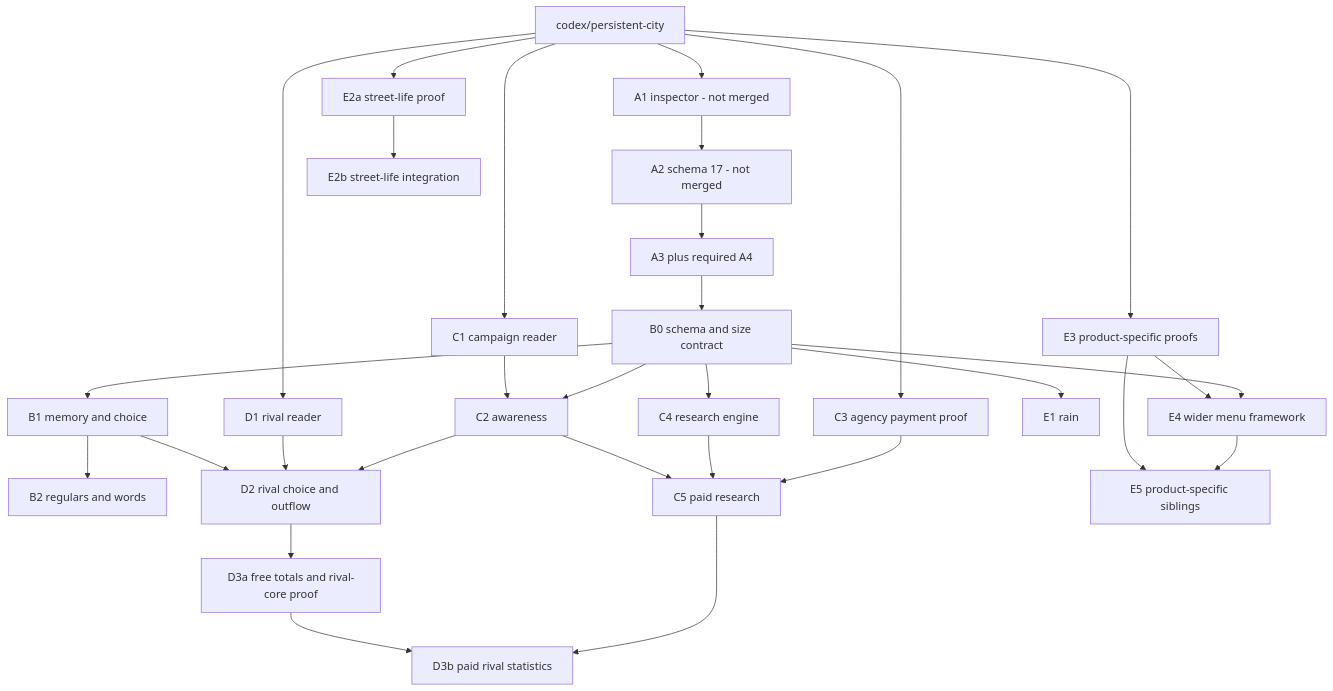
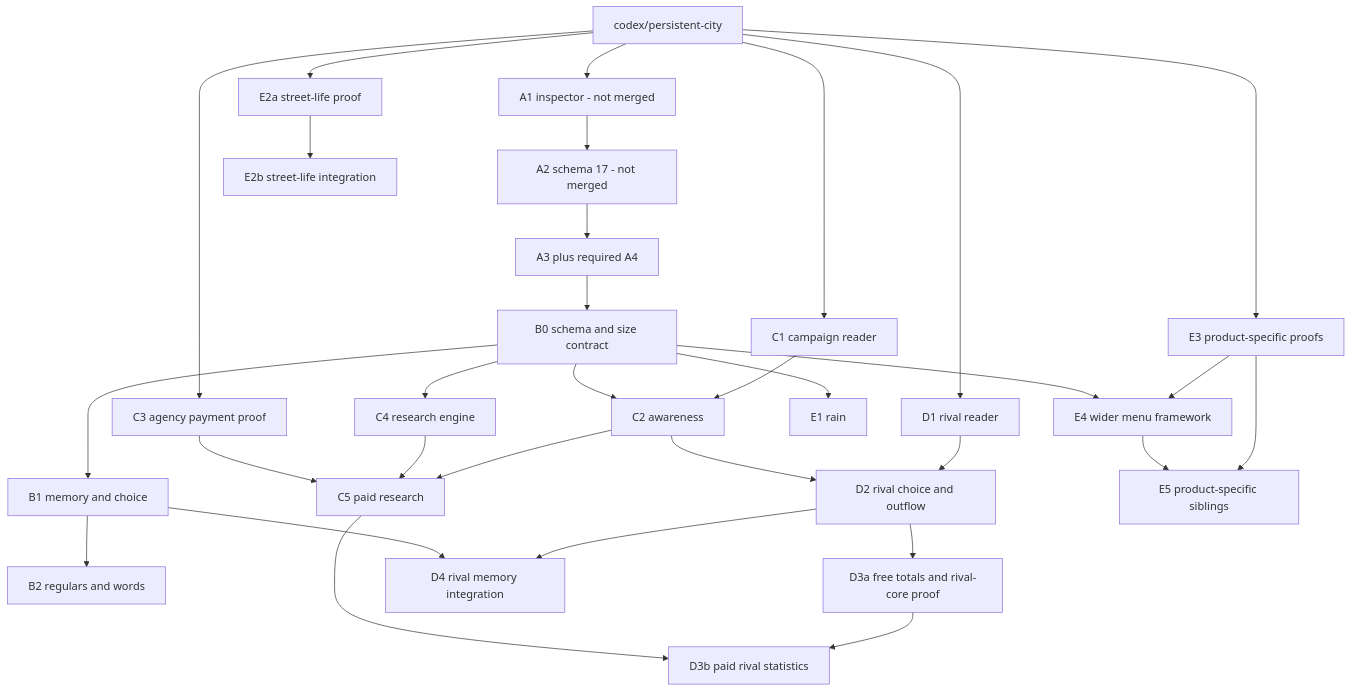
Before and after one commit to PeterHartwieg/big-ambitions-persistent-city: the diagram in docs/plans/steps-b-e.md, drawn with Mermaid. The commit also changed other lines of this file, not shown here.

Commit message:
docs: fix B-E record capacity and independent rival planning

````diff
--- a/docs/plans/steps-b-e.md
+++ b/docs/plans/steps-b-e.md
@@ -204,32 +236,33 @@
 ```mermaid
 graph TD
   Base[codex/persistent-city] --> A1[A1 inspector - not merged]
   A1 --> A2[A2 schema 17 - not merged]
   A2 --> A3[A3 plus required A4]
   A3 --> B0[B0 schema and size contract]
   B0 --> B1[B1 memory and choice]
   B1 --> B2[B2 regulars and words]
   Base --> C1[C1 campaign reader]
   Base --> C3[C3 agency payment proof]
   B0 --> C2[C2 awareness]
   C1 --> C2
   B0 --> C4[C4 research engine]
   C3 --> C5[C5 paid research]
   C4 --> C5
   C2 --> C5
   Base --> D1[D1 rival reader]
   C2 --> D2[D2 rival choice and outflow]
   D1 --> D2
-  B1 --> D2
   D2 --> D3a[D3a free totals and rival-core proof]
   C5 --> D3b[D3b paid rival statistics]
   D3a --> D3b
+  B1 --> D4[D4 rival memory integration]
+  D2 --> D4
   B0 --> E1[E1 rain]
   Base --> E2a[E2a street-life proof]
   E2a --> E2b[E2b street-life integration]
   Base --> E3[E3 product-specific proofs]
   B0 --> E4[E4 wider menu framework]
   E3 --> E4
   E4 --> E5[E5 product-specific siblings]
   E3 --> E5
 ```
````
